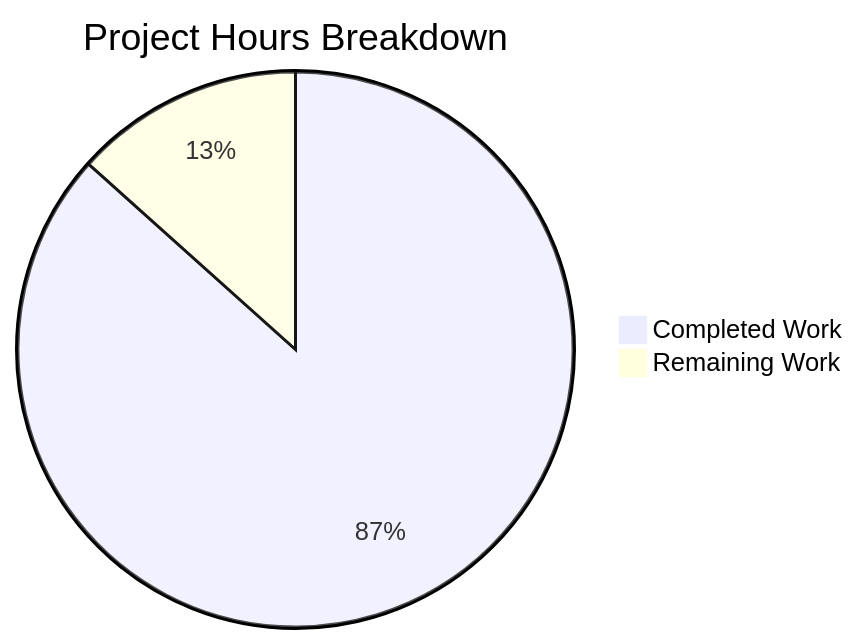
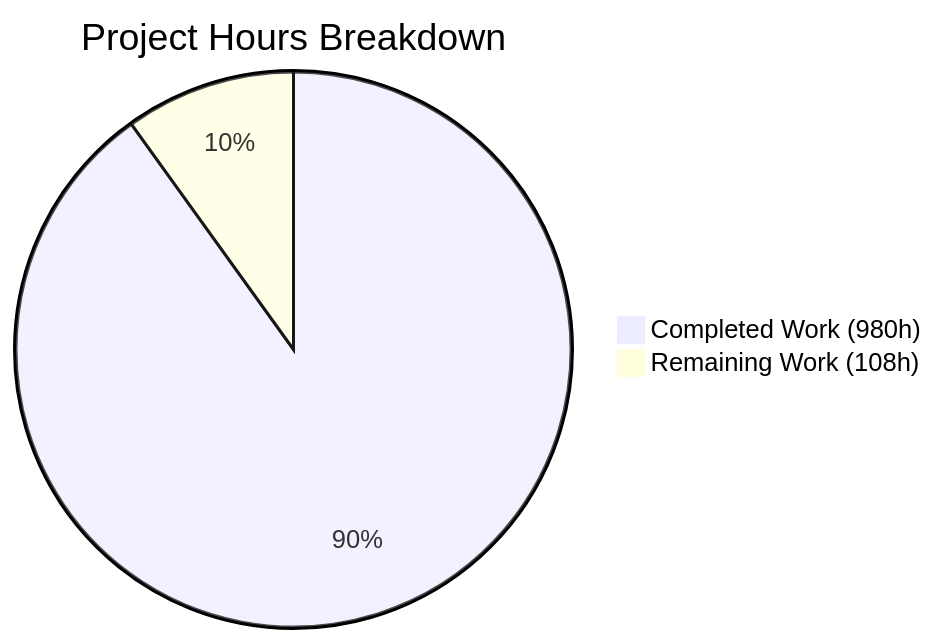
One commit to Blitzy-Sandbox/blitzy-exim changed the second of 2 diagrams in blitzy/documentation/Project Guide.md. Above: the diagram before and after it, drawn with Mermaid. The commit also changed other lines of this file, not shown here.

Commit message:
Adding Blitzy Project Guide: Project Status and Human Tasks Remaining

````diff
--- a/blitzy/documentation/Project Guide.md
+++ b/blitzy/documentation/Project Guide.md
@@ -258,5 +257,5 @@
 ```mermaid
 pie title Project Hours Breakdown
-    "Completed Work" : 985
-    "Remaining Work" : 152
+    "Completed Work (980h)" : 980
+    "Remaining Work (108h)" : 108
 ```
````
